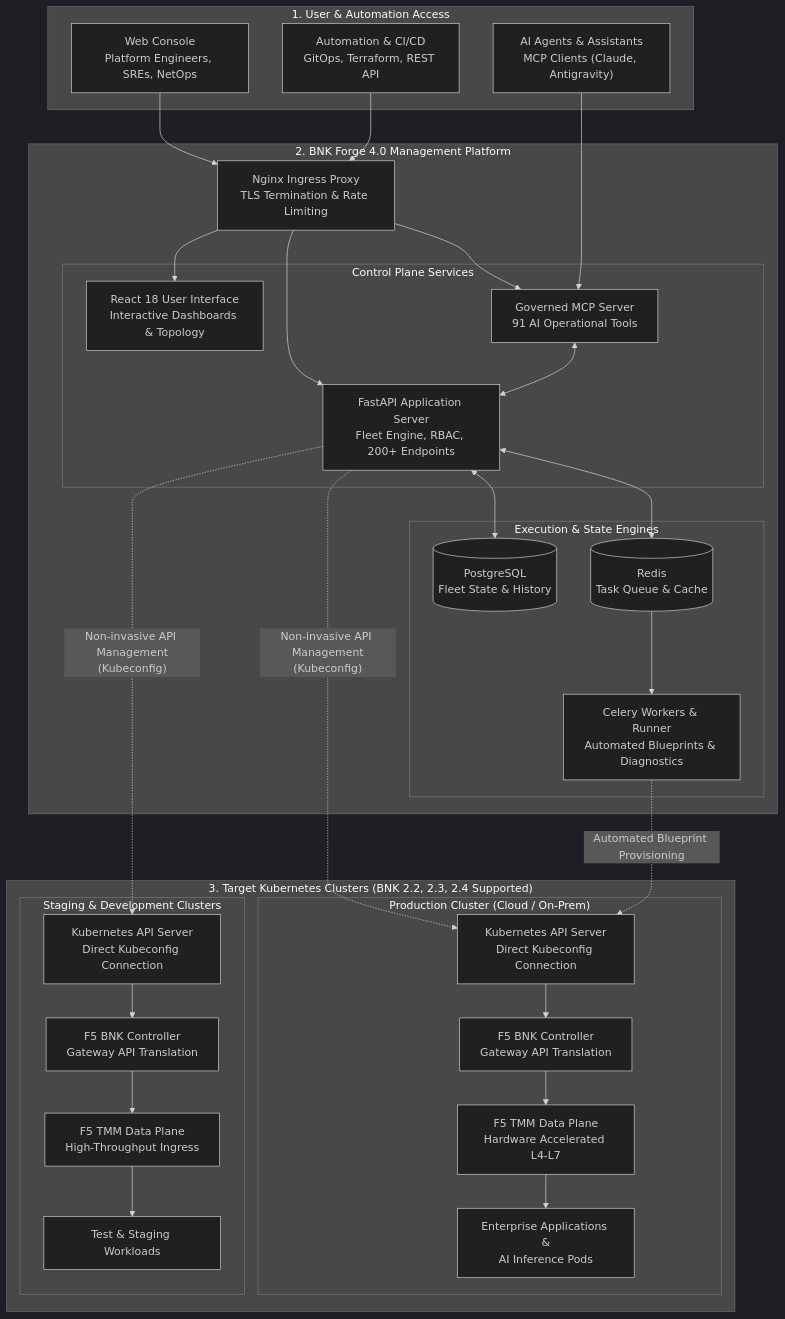
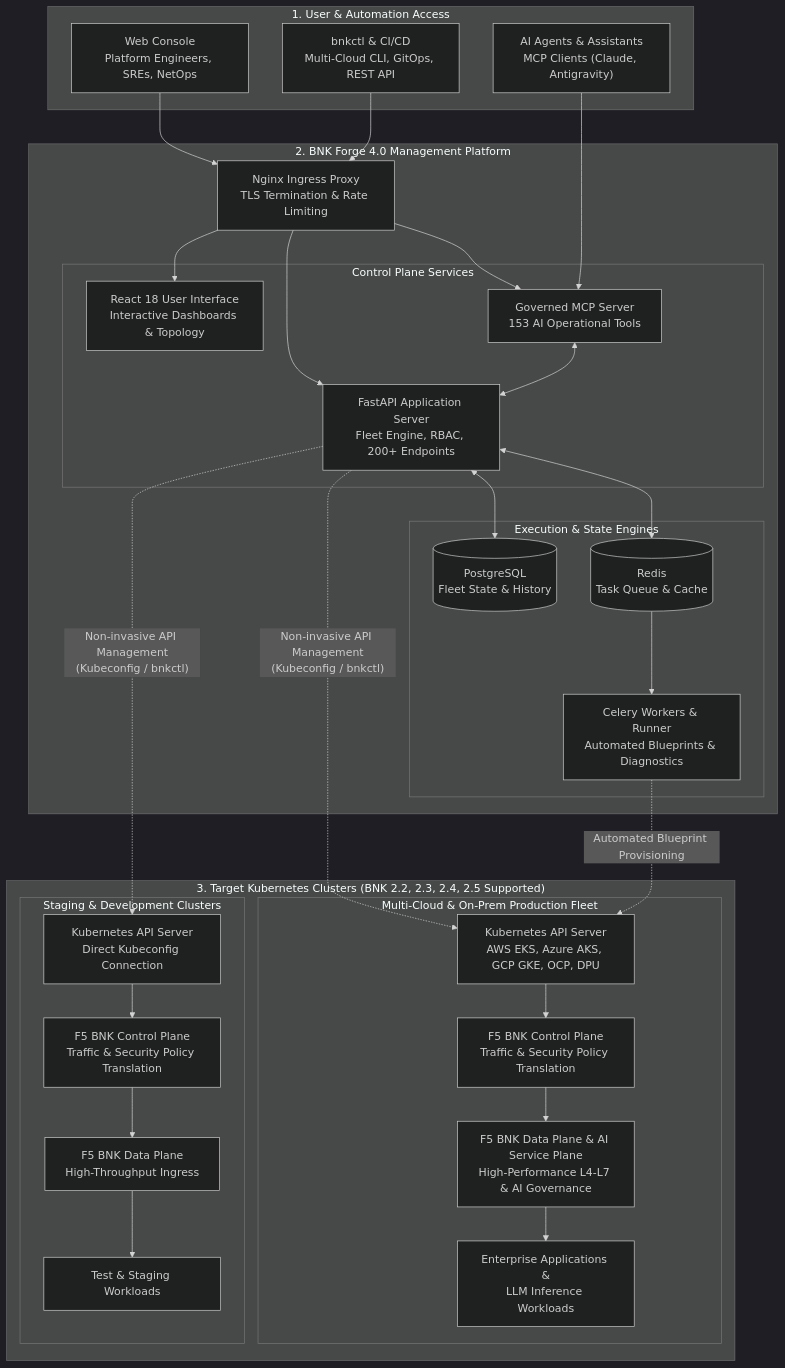
Before and after one commit to JLCode-tech/bnk-forge: the first of 3 diagrams in README.md, drawn with Mermaid (dark theme). The commit also changed other lines of this file and 18 other files, not shown here.

Commit message:
docs: align front README, visual tour, F5 BNK AI Service Plane terminology, and bnkctl integration

````diff
--- a/README.md
+++ b/README.md
@@ -110,60 +163,60 @@
 ```mermaid
 flowchart TB
     subgraph LayerAccess["1. User & Automation Access"]
         UI["Web Console\nPlatform Engineers, SREs, NetOps"]
-        CLI["Automation & CI/CD\nGitOps, Terraform, REST API"]
+        CLI["bnkctl & CI/CD\nMulti-Cloud CLI, GitOps, REST API"]
         AI["AI Agents & Assistants\nMCP Clients (Claude, Antigravity)"]
     end
 
     subgraph LayerForge["2. BNK Forge 4.0 Management Platform"]
         Proxy["Nginx Ingress Proxy\nTLS Termination & Rate Limiting"]
         
         subgraph CoreServices["Control Plane Services"]
             WebUI["React 18 User Interface\nInteractive Dashboards & Topology"]
             APIServer["FastAPI Application Server\nFleet Engine, RBAC, 200+ Endpoints"]
-            MCPServer["Governed MCP Server\n91 AI Operational Tools"]
+            MCPServer["Governed MCP Server\n153 AI Operational Tools"]
         end
 
         subgraph BackgroundServices["Execution & State Engines"]
             DB[("PostgreSQL\nFleet State & History")]
             Redis[("Redis\nTask Queue & Cache")]
             Workers["Celery Workers & Runner\nAutomated Blueprints & Diagnostics"]
         end
 
         Proxy --> WebUI
         Proxy --> APIServer
         Proxy --> MCPServer
         APIServer <--> DB
         APIServer <--> Redis
         Redis --> Workers
         MCPServer <--> APIServer
     end
 
-    subgraph LayerFleet["3. Target Kubernetes Clusters (BNK 2.2, 2.3, 2.4 Supported)"]
-        subgraph ProdCluster["Production Cluster (Cloud / On-Prem)"]
-            K8sProd["Kubernetes API Server\nDirect Kubeconfig Connection"]
-            BNKCtrlProd["F5 BNK Controller\nGateway API Translation"]
-            TMMProd["F5 TMM Data Plane\nHardware Accelerated L4-L7"]
-            WorkloadsProd["Enterprise Applications &\nAI Inference Pods"]
+    subgraph LayerFleet["3. Target Kubernetes Clusters (BNK 2.2, 2.3, 2.4, 2.5 Supported)"]
+        subgraph ProdCluster["Multi-Cloud & On-Prem Production Fleet"]
+            K8sProd["Kubernetes API Server\nAWS EKS, Azure AKS, GCP GKE, OCP, DPU"]
+            BNKCtrlProd["F5 BNK Control Plane\nTraffic & Security Policy Translation"]
+            TMMProd["F5 BNK Data Plane & AI Service Plane\nHigh-Performance L4-L7 & AI Governance"]
+            WorkloadsProd["Enterprise Applications &\nLLM Inference Workloads"]
             
             K8sProd --> BNKCtrlProd --> TMMProd --> WorkloadsProd
         end
 
         subgraph StagingCluster["Staging & Development Clusters"]
             K8sStaging["Kubernetes API Server\nDirect Kubeconfig Connection"]
-            BNKCtrlStaging["F5 BNK Controller\nGateway API Translation"]
-            TMMStaging["F5 TMM Data Plane\nHigh-Throughput Ingress"]
+            BNKCtrlStaging["F5 BNK Control Plane\nTraffic & Security Policy Translation"]
+            TMMStaging["F5 BNK Data Plane\nHigh-Throughput Ingress"]
             WorkloadsStaging["Test & Staging Workloads"]
             
             K8sStaging --> BNKCtrlStaging --> TMMStaging --> WorkloadsStaging
         end
     end
 
     UI --> Proxy
     CLI --> Proxy
     AI --> MCPServer
 
-    APIServer -. "Non-invasive API Management\n(Kubeconfig)" .-> K8sProd
-    APIServer -. "Non-invasive API Management\n(Kubeconfig)" .-> K8sStaging
+    APIServer -. "Non-invasive API Management\n(Kubeconfig / bnkctl)" .-> K8sProd
+    APIServer -. "Non-invasive API Management\n(Kubeconfig / bnkctl)" .-> K8sStaging
     Workers -. "Automated Blueprint Provisioning" .-> K8sProd
 ```
````
